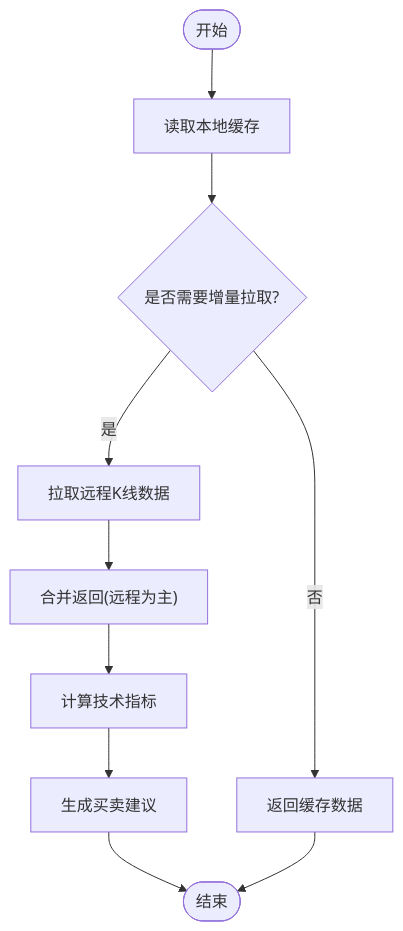
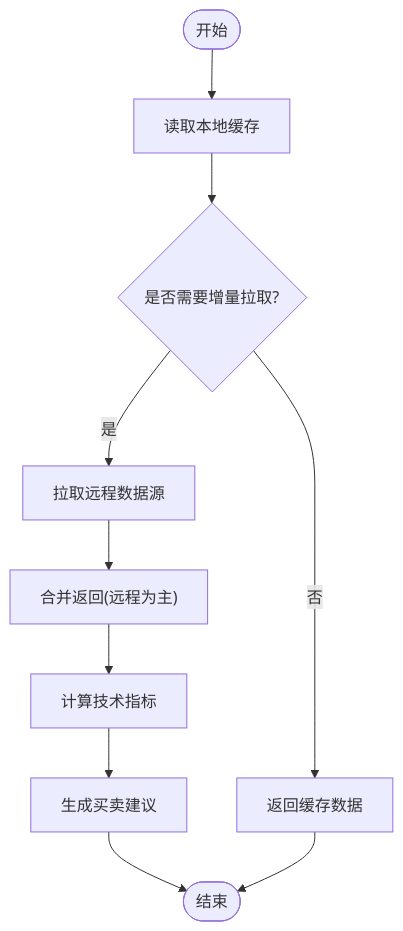
The fourth of 5 diagrams in .qoder/repowiki/zh/content/前端组件/服务层.md (Moruime/stock_foker), drawn with Mermaid before and after one commit. The commit also changed other lines of this file and 37 other files, not shown here.

````diff
--- a/.qoder/repowiki/zh/content/前端组件/服务层.md
+++ b/.qoder/repowiki/zh/content/前端组件/服务层.md
@@ -227,12 +273,12 @@
 ```mermaid
 flowchart TD
 Start(["开始"]) --> LoadCache["读取本地缓存"]
 LoadCache --> NeedFetch{"是否需要增量拉取?"}
 NeedFetch --> |否| ReturnCache["返回缓存数据"]
-NeedFetch --> |是| FetchRemote["拉取远程K线数据"]
+NeedFetch --> |是| FetchRemote["拉取远程数据源"]
 FetchRemote --> Merge["合并返回(远程为主)"]
 Merge --> CalcIndicators["计算技术指标"]
 CalcIndicators --> GenAdvice["生成买卖建议"]
 GenAdvice --> End(["结束"])
 ReturnCache --> End
 ```
````
